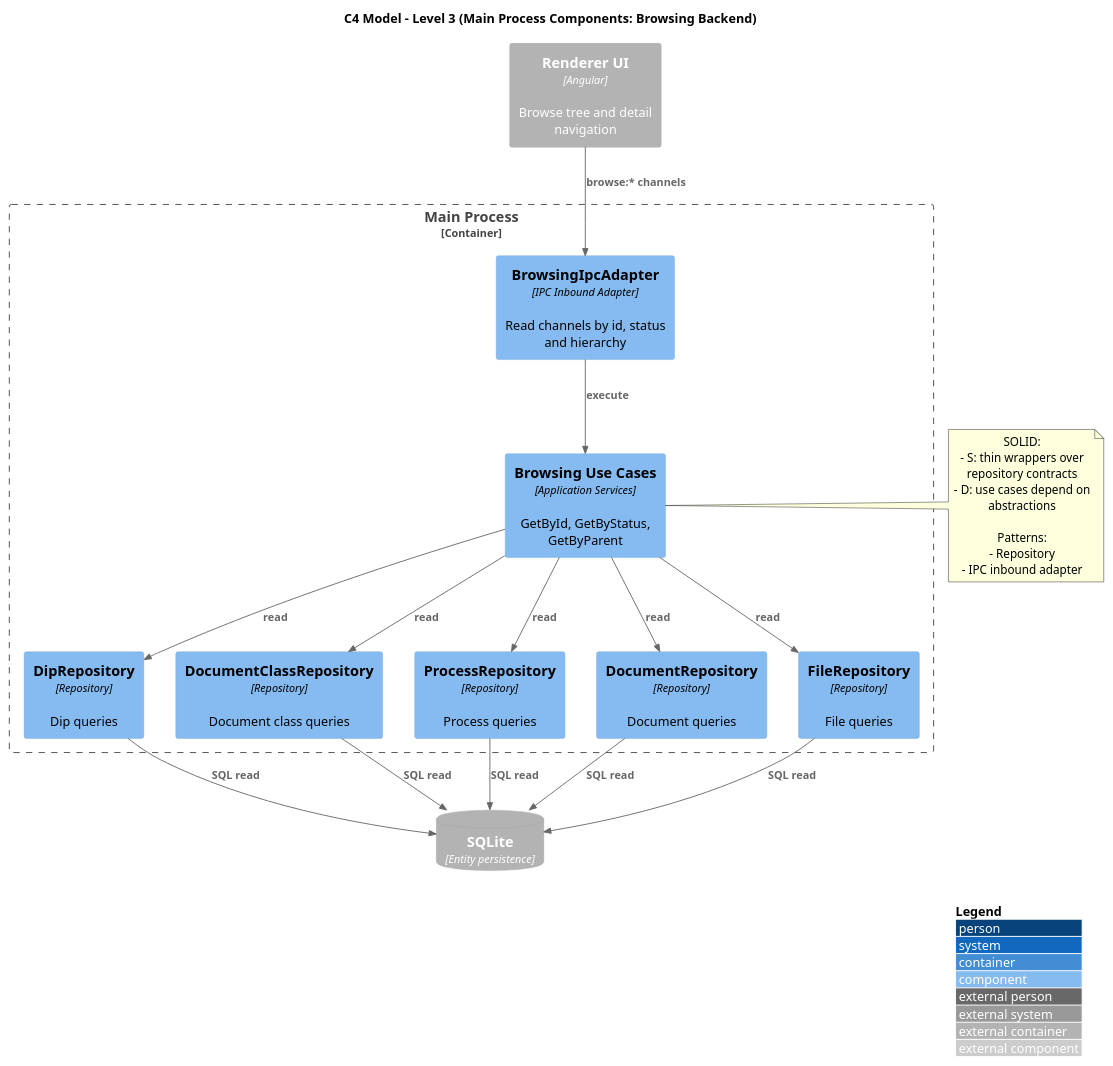
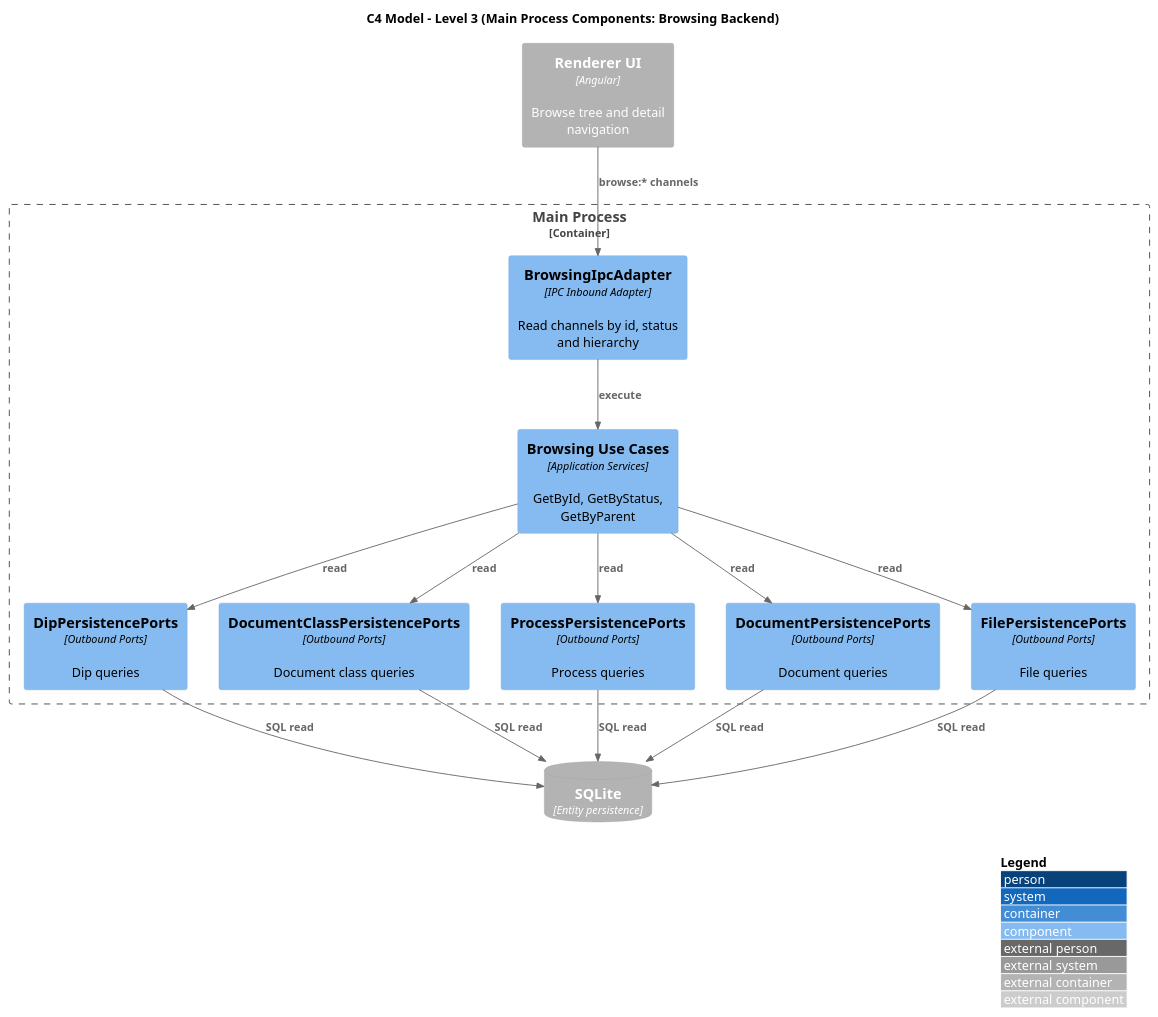
One commit to 7-ZPUs/Docs changed the diagram in 3_PB/DocumentiEsterni/DiagrammiSpecificaTecnica/generated_/architecture/c1-c3/C3-main-browsing-backend.puml. Above: the diagram before and after it, drawn with PlantUML. The commit also changed 6 other files, not shown here.

```diff
--- a/3_PB/DocumentiEsterni/DiagrammiSpecificaTecnica/generated_/architecture/c1-c3/C3-main-browsing-backend.puml
+++ b/3_PB/DocumentiEsterni/DiagrammiSpecificaTecnica/generated_/architecture/c1-c3/C3-main-browsing-backend.puml
@@ -1,47 +1,37 @@
 @startuml C3_Main_Browsing_Backend
 !includeurl https://raw.githubusercontent.com/plantuml-stdlib/C4-PlantUML/master/C4_Component.puml
 
 title C4 Model - Level 3 (Main Process Components: Browsing Backend)
 
 LAYOUT_WITH_LEGEND()
 
 Container_Boundary(main_container, "Main Process") {
   Component(browsing_ipc, "BrowsingIpcAdapter", "IPC Inbound Adapter", "Read channels by id, status and hierarchy")
   Component(browse_ucs, "Browsing Use Cases", "Application Services", "GetById, GetByStatus, GetByParent")
 
-  Component(dip_repo, "DipRepository", "Repository", "Dip queries")
-  Component(class_repo, "DocumentClassRepository", "Repository", "Document class queries")
-  Component(process_repo, "ProcessRepository", "Repository", "Process queries")
-  Component(doc_repo, "DocumentRepository", "Repository", "Document queries")
-  Component(file_repo, "FileRepository", "Repository", "File queries")
+  Component(dip_repo, "DipPersistencePorts", "Outbound Ports", "Dip queries")
+  Component(class_repo, "DocumentClassPersistencePorts", "Outbound Ports", "Document class queries")
+  Component(process_repo, "ProcessPersistencePorts", "Outbound Ports", "Process queries")
+  Component(doc_repo, "DocumentPersistencePorts", "Outbound Ports", "Document queries")
+  Component(file_repo, "FilePersistencePorts", "Outbound Ports", "File queries")
 }
 
 Container_Ext(renderer, "Renderer UI", "Angular", "Browse tree and detail navigation")
 ContainerDb_Ext(sqlite, "SQLite", "Entity persistence")
 
 Rel(renderer, browsing_ipc, "browse:* channels")
 Rel(browsing_ipc, browse_ucs, "execute")
 
 Rel(browse_ucs, dip_repo, "read")
 Rel(browse_ucs, class_repo, "read")
 Rel(browse_ucs, process_repo, "read")
 Rel(browse_ucs, doc_repo, "read")
 Rel(browse_ucs, file_repo, "read")
 
 Rel(dip_repo, sqlite, "SQL read")
 Rel(class_repo, sqlite, "SQL read")
 Rel(process_repo, sqlite, "SQL read")
 Rel(doc_repo, sqlite, "SQL read")
 Rel(file_repo, sqlite, "SQL read")
 
-note right of browse_ucs
-SOLID:
-- S: thin wrappers over repository contracts
-- D: use cases depend on abstractions
-
-Patterns:
-- Repository
-- IPC inbound adapter
-end note
-
 @enduml
```
